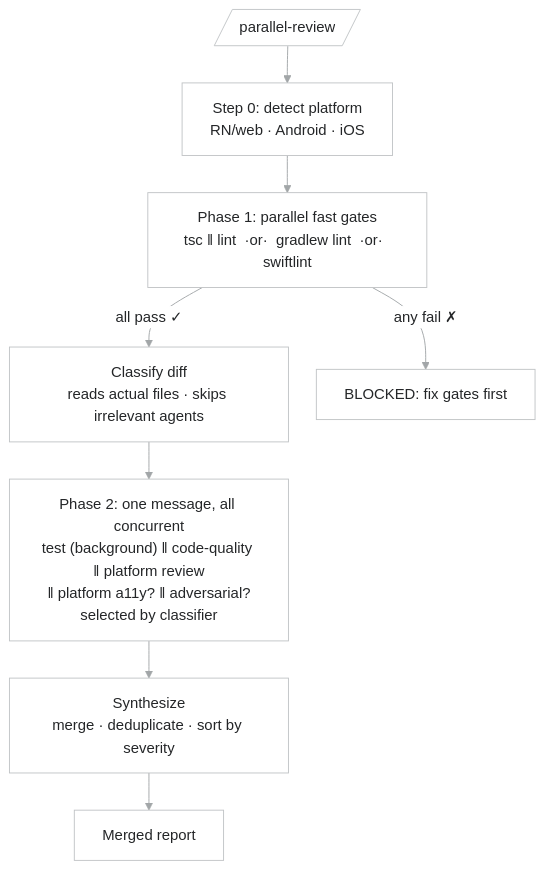
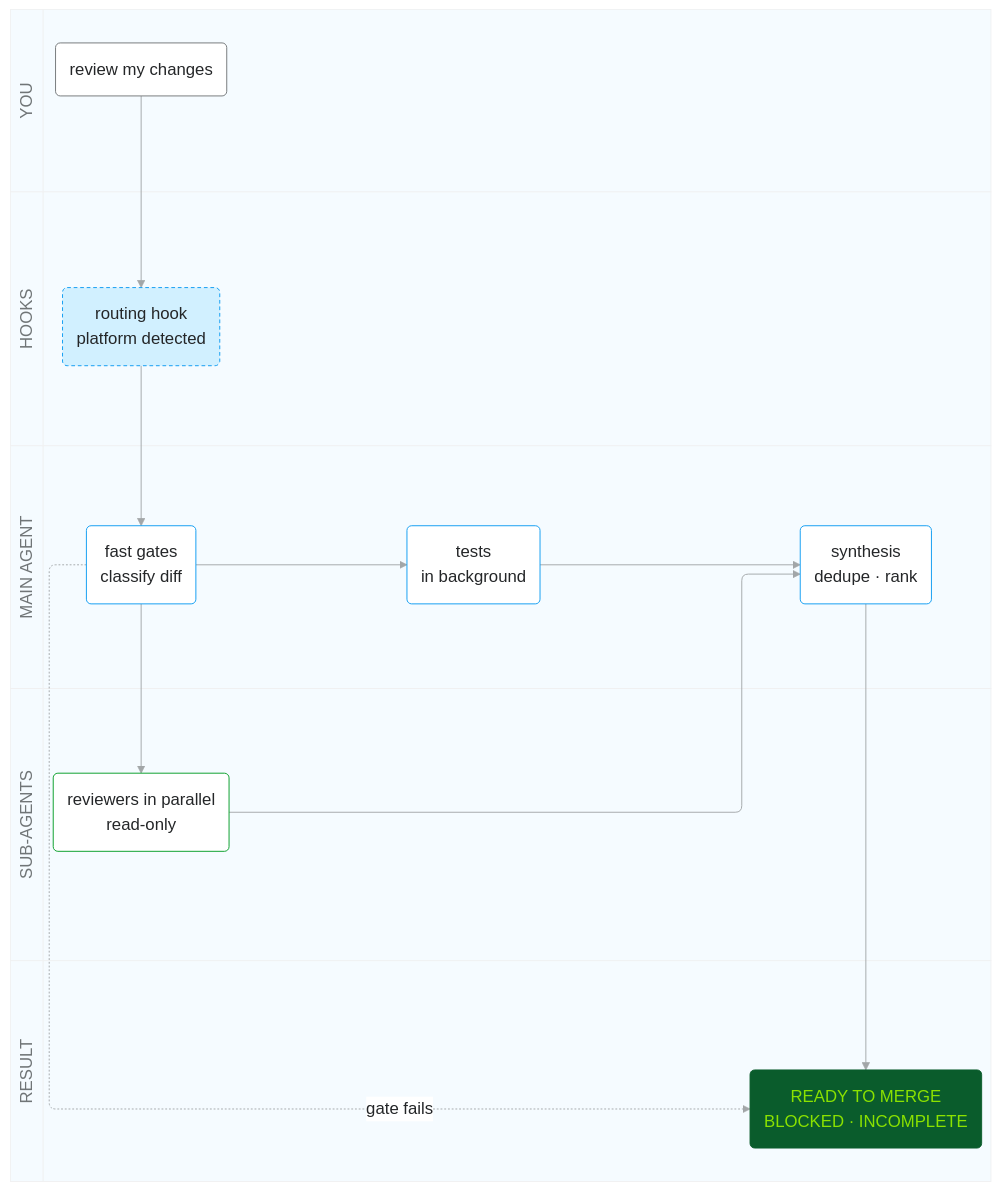
One commit to raditia/CraftKit changed the fourth of 17 diagrams in README.md. Above: the diagram before and after it, drawn with Mermaid. The commit also changed other lines of this file, not shown here.

First line of the commit message:
docs: draw parallel workflows as high-level swimlanes

````diff
--- a/README.md
+++ b/README.md
@@ -430,32 +432,57 @@
 ```mermaid
 ---
 config:
   theme: base
   look: classic
   fontFamily: "-apple-system, BlinkMacSystemFont, Segoe UI, Helvetica, Arial, sans-serif"
   themeVariables:
     fontFamily: "-apple-system, BlinkMacSystemFont, Segoe UI, Helvetica, Arial, sans-serif"
-    fontSize: 16px
+    fontSize: 18px
     primaryColor: "#FFFFFF"
     primaryBorderColor: "#C1C4C6"
     primaryTextColor: "#242628"
     lineColor: "#A2A6A8"
     clusterBkg: "#F5FBFF"
     clusterBorder: "#F0F1F2"
     titleColor: "#707577"
     edgeLabelBackground: "#FFFFFF"
   flowchart:
-    curve: basis
-    wrappingWidth: 240
-    nodeSpacing: 30
-    rankSpacing: 40
+    wrappingWidth: 260
 ---
-flowchart TD
-    A[/parallel-review/] --> P["Step 0: detect platform<br/>RN/web · Android · iOS"]
-    P --> B["Phase 1: parallel fast gates<br/>tsc ‖ lint  ·or·  gradlew lint  ·or·  swiftlint"]
-    B -->|all pass ✓| C["Classify diff<br/>reads actual files · skips irrelevant agents"]
-    C --> D["Phase 2: one message, all concurrent<br/>test (background) ‖ code-quality ‖ platform review<br/>‖ platform a11y? ‖ adversarial?<br/>selected by classifier"]
-    D --> E["Synthesize<br/>merge · deduplicate · sort by severity"]
-    E --> F[Merged report]
-    B -->|any fail ✗| G["BLOCKED: fix gates first"]
+swimlane-beta LR
+    subgraph you["YOU"]
+        ask("review my changes")
+    end
+    subgraph hooks["HOOKS"]
+        route("routing hook<br/>platform detected")
+    end
+    subgraph main["MAIN AGENT"]
+        gates("fast gates<br/>classify diff")
+        tst("tests<br/>in background")
+        syn("synthesis<br/>dedupe · rank")
+    end
+    subgraph subs["SUB-AGENTS"]
+        rev("reviewers in parallel<br/>read-only")
+    end
+    subgraph result["RESULT"]
+        v("READY TO MERGE<br/>BLOCKED · INCOMPLETE")
+    end
+    ask --> route --> gates
+    gates --> rev
+    gates --> tst
+    rev --> syn
+    tst --> syn
+    syn --> v
+    gates -.->|gate fails| v
+
+    classDef you fill:#FFFFFF,stroke:#707577,color:#242628
+    classDef hook fill:#D1F0FF,stroke:#0A9AF2,color:#242628,stroke-dasharray:4 3
+    classDef main fill:#FFFFFF,stroke:#0A9AF2,color:#242628
+    classDef sub fill:#FFFFFF,stroke:#029D24,color:#242628
+    classDef verdict fill:#0A5C2C,stroke:#0A5C2C,color:#8BE200
+    class ask you
+    class route hook
+    class gates,tst,syn main
+    class rev sub
+    class v verdict
 ```
````
